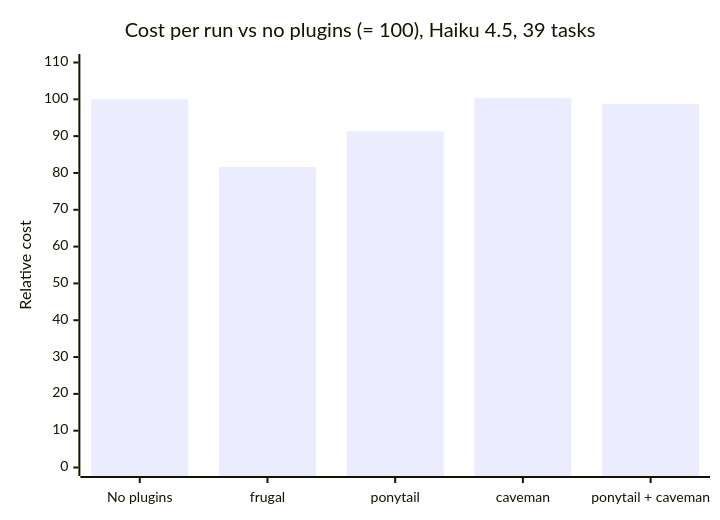
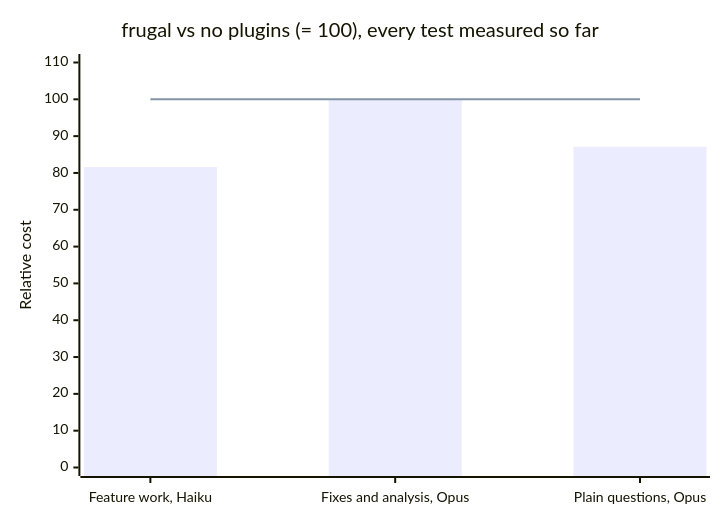
One commit to CroaBeast/frugal changed the diagram in README.md. Above: the diagram before and after it, drawn with Mermaid. The commit also changed other lines of this file and 1 other file, not shown here.

Commit message:
docs: move per-test details to BENCHMARKS.md

````diff
--- a/README.md
+++ b/README.md
@@ -136,7 +111,8 @@
 ```mermaid
 xychart-beta
-    title "Cost per run vs no plugins (= 100), Haiku 4.5, 39 tasks"
-    x-axis ["No plugins", "frugal", "ponytail", "caveman", "ponytail + caveman"]
+    title "frugal vs no plugins (= 100), every test measured so far"
+    x-axis ["Feature work, Haiku", "Fixes and analysis, Opus", "Plain questions, Opus"]
     y-axis "Relative cost" 0 --> 110
-    bar [100, 81.6, 91.3, 100.3, 98.7]
+    bar [81.6, 100.1, 87.1]
+    line [100, 100, 100]
 ```
````
